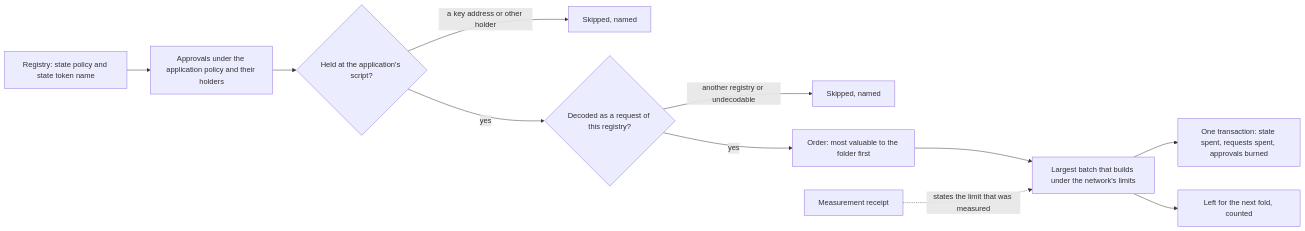
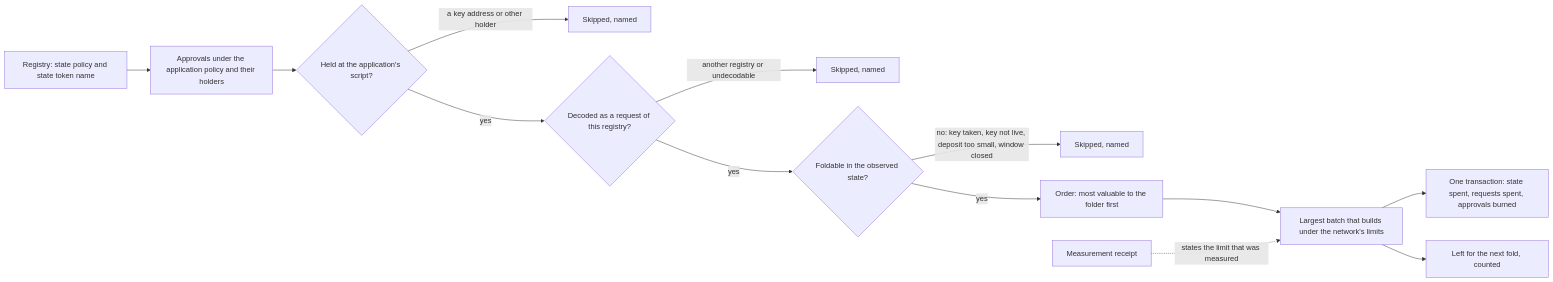
The diagram in specs/746-batch-fold/spec.md (lambdasistemi/singular), drawn with Mermaid before and after one commit. The commit also changed other lines of this file and 9 other files, not shown here.

````diff
--- a/specs/746-batch-fold/spec.md
+++ b/specs/746-batch-fold/spec.md
@@ -15,13 +15,15 @@
 ```mermaid
 flowchart LR
     R[Registry: state policy and state token name] --> D[Approvals under the application policy and their holders]
     D --> H{Held at the application's script?}
     H -->|a key address or other holder| S1[Skipped, named]
     H -->|yes| X{Decoded as a request of this registry?}
     X -->|another registry or undecodable| S2[Skipped, named]
-    X -->|yes| O[Order: most valuable to the folder first]
+    X -->|yes| U{Foldable in the observed state?}
+    U -->|no: key taken, key not live, deposit too small, window closed| S3[Skipped, named]
+    U -->|yes| O[Order: most valuable to the folder first]
     O --> F[Largest batch that builds under the network's limits]
     F --> T[One transaction: state spent, requests spent, approvals burned]
     F --> L[Left for the next fold, counted]
     M[Measurement receipt] -.->|states the limit that was measured| F
 ```
````
